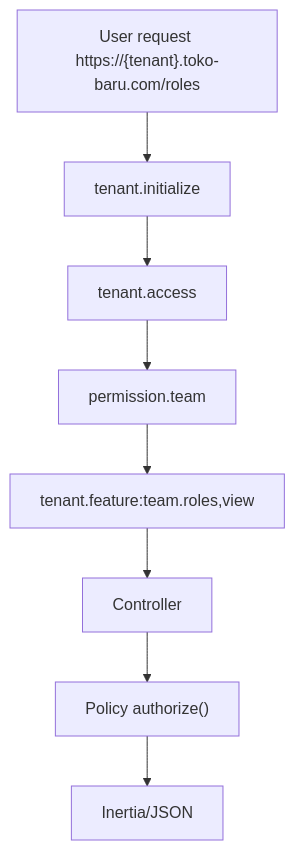
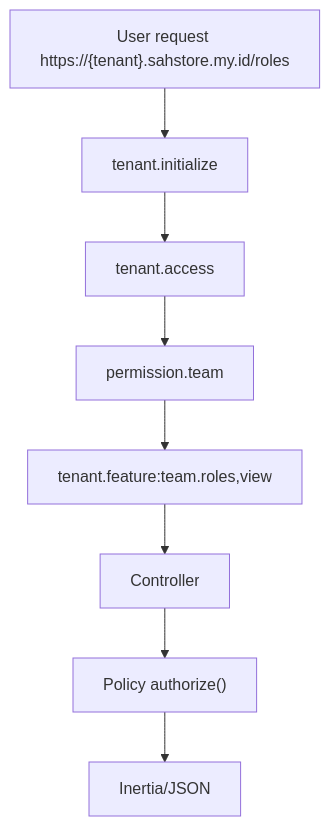
Before and after one commit to mutihakim/toko: the diagram in docs/03-features/rbac.md, drawn with Mermaid. The commit also changed other lines of this file and 15 other files, not shown here.

````diff
--- a/docs/03-features/rbac.md
+++ b/docs/03-features/rbac.md
@@ -14,10 +14,10 @@
 ```mermaid
 flowchart TD
-  A["User request https://{tenant}.toko-baru.com/roles"] --> B["tenant.initialize"]
+  A["User request https://{tenant}.sahstore.my.id/roles"] --> B["tenant.initialize"]
   B --> C["tenant.access"]
   C --> D["permission.team"]
   D --> E["tenant.feature:team.roles,view"]
   E --> F["Controller"]
   F --> G["Policy authorize()"]
   G --> H["Inertia/JSON"]
 ```
````
